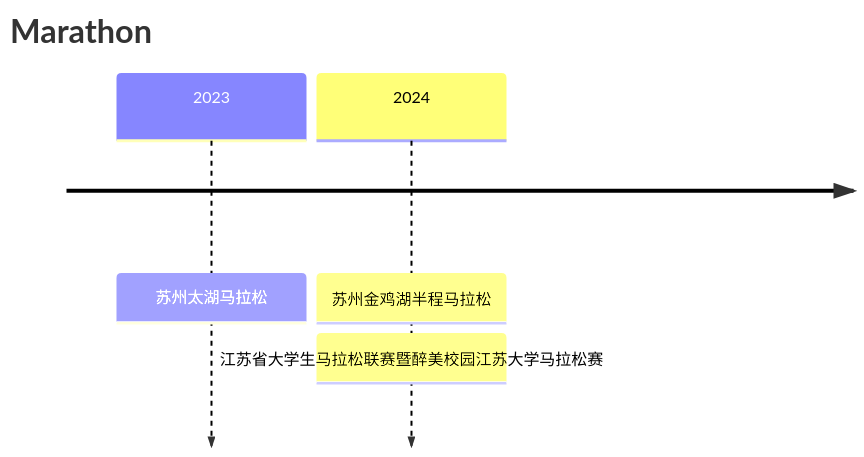
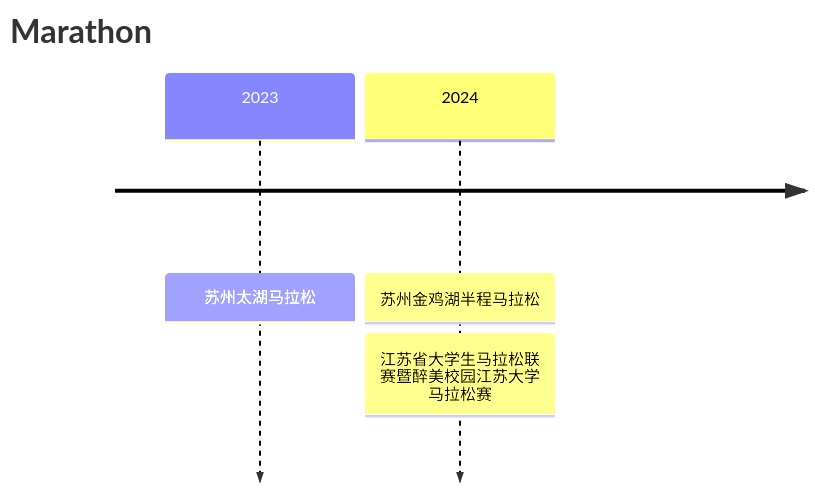
The diagram in _tabs/about.md (LiQingCode/LiQingCode.github.io), drawn with Mermaid before and after one commit.

````diff
--- a/_tabs/about.md
+++ b/_tabs/about.md
@@ -21,7 +21,7 @@
 ```mermaid
 timeline
     title Marathon
     2023 : 苏州太湖马拉松
     2024 : 苏州金鸡湖半程马拉松
-         : 江苏省大学生马拉松联赛暨醉美校园江苏大学马拉松赛
+         : 江苏省大学生马拉松联<br>赛暨醉美校园江苏大学<br>马拉松赛
 ```
````
